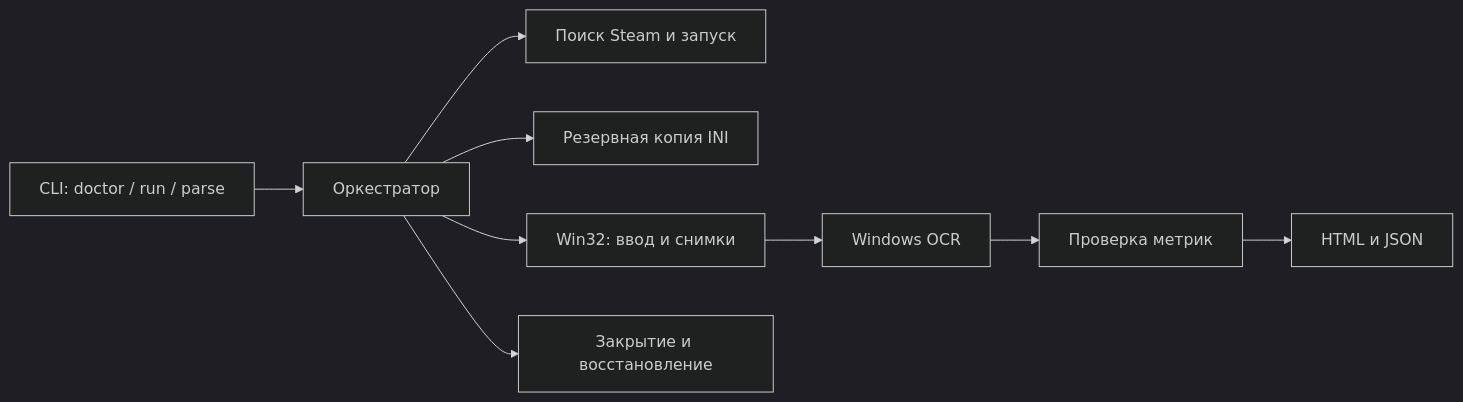
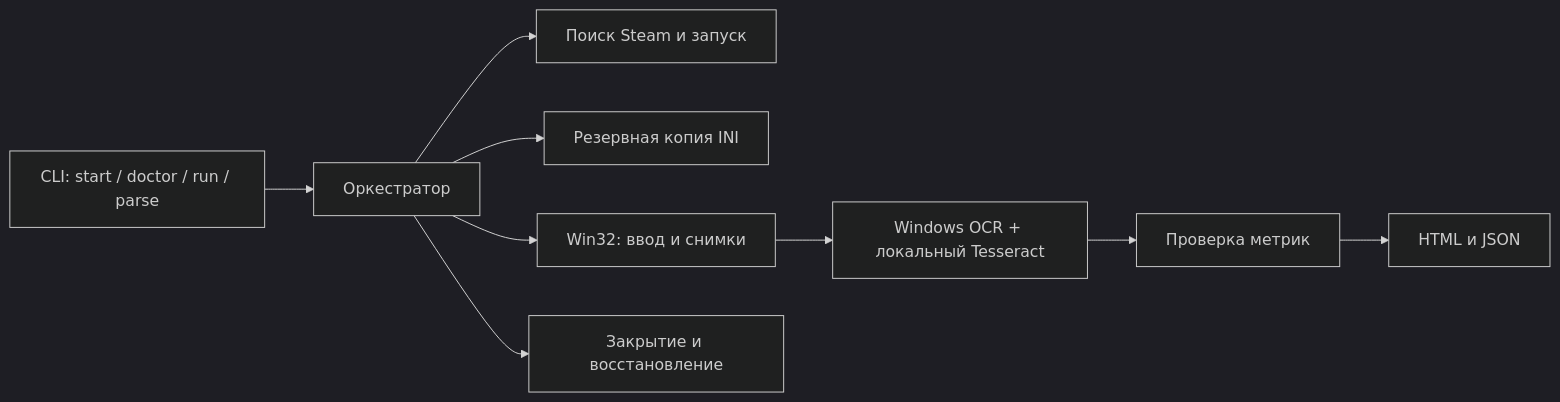
One commit to huksleva/wukong-benchmark-automation changed the diagram in docs/ARCHITECTURE.md. Above: the diagram before and after it, drawn with Mermaid (dark theme). The commit also changed other lines of this file and 2 other files, not shown here.

Commit message:
Document local OCR pipeline and current regression checks

````diff
--- a/docs/ARCHITECTURE.md
+++ b/docs/ARCHITECTURE.md
@@ -5,11 +5,11 @@
 ```mermaid
 flowchart LR
-    CLI[CLI: doctor / run / parse] --> Runner[Оркестратор]
+    CLI[CLI: start / doctor / run / parse] --> Runner[Оркестратор]
     Runner --> Steam[Поиск Steam и запуск]
     Runner --> Backup[Резервная копия INI]
     Runner --> UI[Win32: ввод и снимки]
-    UI --> OCR[Windows OCR]
+    UI --> OCR[Windows OCR + локальный Tesseract]
     OCR --> Parser[Проверка метрик]
     Parser --> Report[HTML и JSON]
     Runner --> Restore[Закрытие и восстановление]
 ```
````
